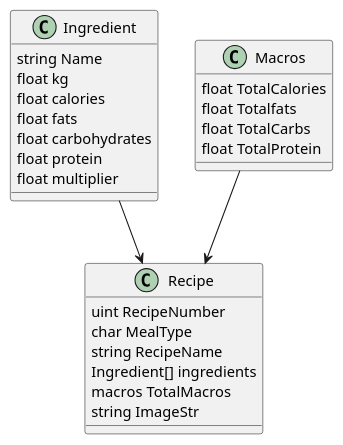
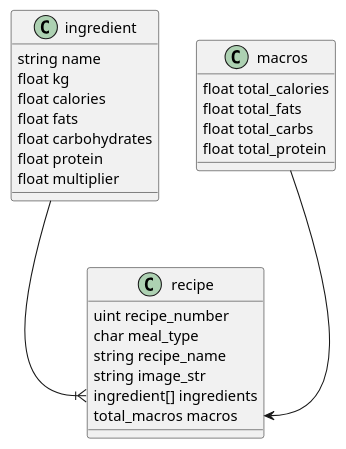
The first of 4 diagrams in Recipe.puml (LegendsAndreas/kitchen-app), drawn with PlantUML before and after one commit. The commit also changed other lines of this file and 42 other files, not shown here.

```diff
--- a/Recipe.puml
+++ b/Recipe.puml
@@ -1,33 +1,31 @@
 @startuml
-'https://plantuml.com/sequence-diagram
-
-class Recipe{
-    uint RecipeNumber
-    char MealType
-    string RecipeName
-    Ingredient[] ingredients
-    macros TotalMacros
-    string ImageStr
+'Class Diagram
+class recipe{
+    uint recipe_number
+    char meal_type
+    string recipe_name
+    string image_str
+    ingredient[] ingredients
+    total_macros macros
 }
 
-class Ingredient{
-    string Name
+class ingredient{
+    string name
     float kg
     float calories
     float fats
     float carbohydrates
     float protein
     float multiplier
 }
 
-class Macros{
-    float TotalCalories
-    float Totalfats
-    float TotalCarbs
-    float TotalProtein
+class macros{
+    float total_calories
+    float total_fats
+    float total_carbs
+    float total_protein
 }
 
-Ingredient --> Recipe
-Macros --> Recipe
-
+ingredient --|{ recipe::ingredients
+macros --> recipe::macros
 @enduml
```
